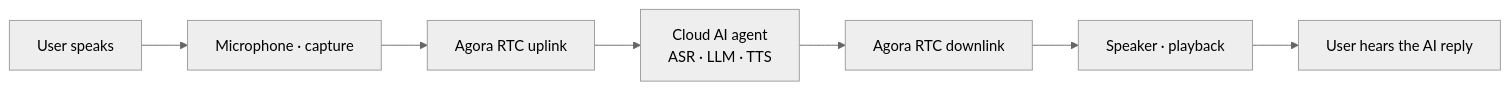
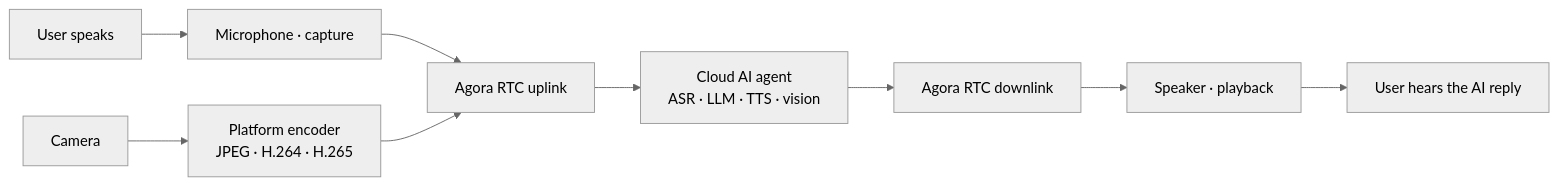
One commit to junlon2006/mybot changed the first of 5 diagrams in README.md. Above: the diagram before and after it, drawn with Mermaid (neutral theme). The commit also changed other lines of this file and 29 other files, not shown here.

````diff
--- a/README.md
+++ b/README.md
@@ -97,9 +104,11 @@
 ```mermaid
 flowchart LR
     user["User speaks"] --> mic["Microphone · capture"]
     mic --> up["Agora RTC uplink"]
-    up --> agent["Cloud AI agent<br/>ASR · LLM · TTS"]
+    camera["Camera"] --> encode["Platform encoder<br/>JPEG · H.264 · H.265"]
+    encode --> up
+    up --> agent["Cloud AI agent<br/>ASR · LLM · TTS · vision"]
     agent --> down["Agora RTC downlink"]
     down --> spk["Speaker · playback"]
     spk --> reply["User hears the AI reply"]
 ```
````
